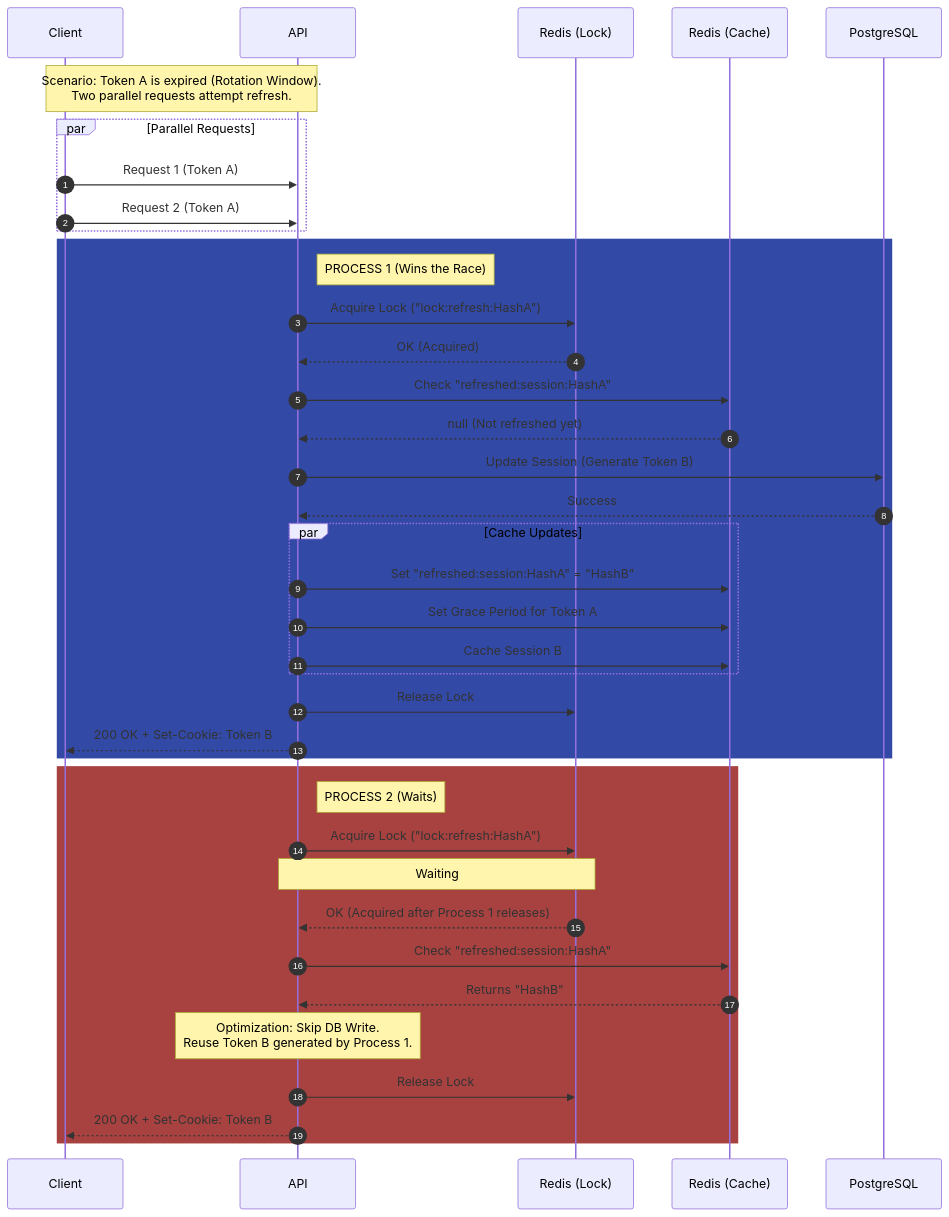
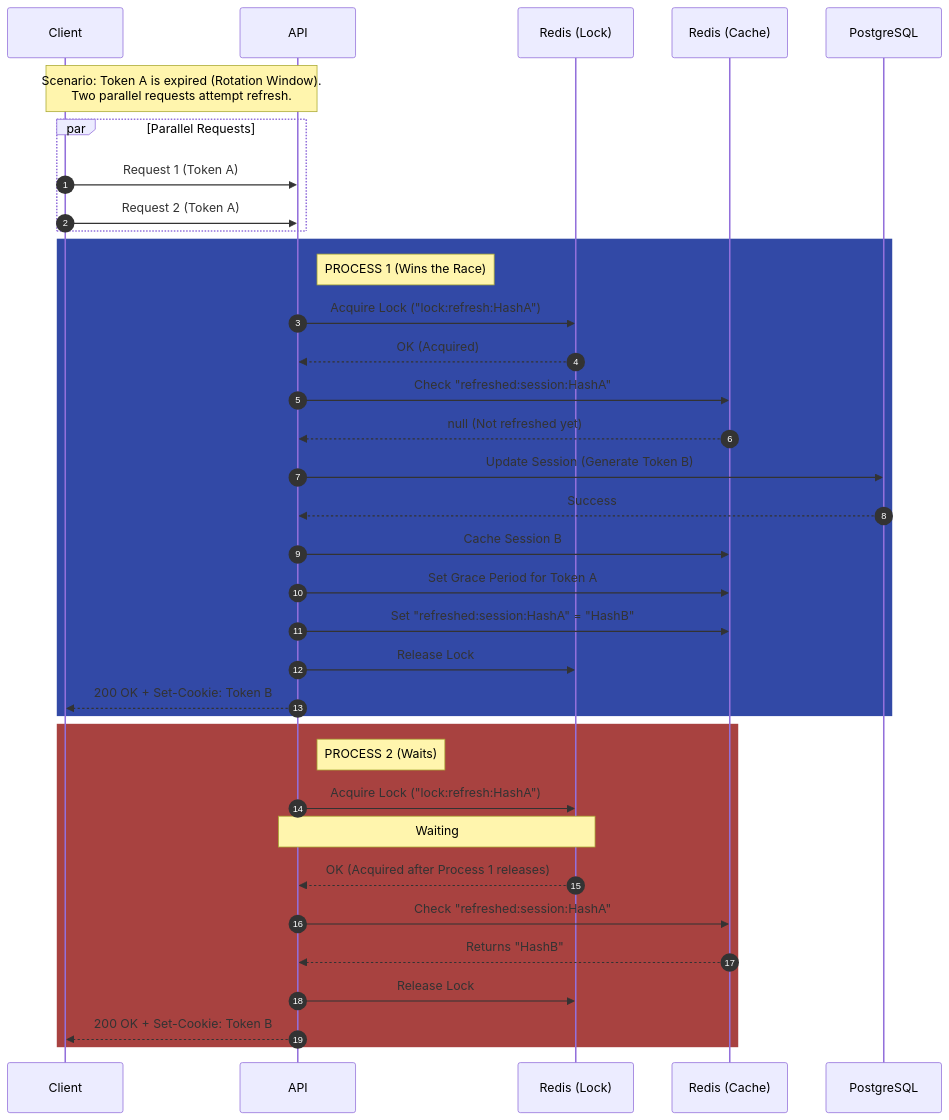
Before and after one commit to pedroheing/cookie-auth: the third of 3 diagrams in README.md, drawn with Mermaid. The commit also changed other lines of this file, not shown here.

````diff
--- a/README.md
+++ b/README.md
@@ -128,52 +136,48 @@
-  ```mermaid
-  sequenceDiagram
-    autonumber
-    participant Client
-    participant API
-    participant RedisLock as Redis (Lock)
-    participant RedisCache as Redis (Cache)
-    participant DB as PostgreSQL
+```mermaid
+sequenceDiagram
+  autonumber
+  participant Client
+  participant API
+  participant RedisLock as Redis (Lock)
+  participant RedisCache as Redis (Cache)
+  participant DB as PostgreSQL
 
-    Note over Client, API: Scenario: Token A is expired (Rotation Window).<br/>Two parallel requests attempt refresh.
+  Note over Client, API: Scenario: Token A is expired (Rotation Window).<br/>Two parallel requests attempt refresh.
 
-    par Parallel Requests
-        Client->>API: Request 1 (Token A)
-        Client->>API: Request 2 (Token A)
-    end
-    
-    rect rgb(50, 73, 166)
-        Note right of API: PROCESS 1 (Wins the Race)
-        API->>RedisLock: Acquire Lock ("lock:refresh:HashA")
-        RedisLock-->>API: OK (Acquired)
-        
-        API->>RedisCache: Check "refreshed:session:HashA"
-        RedisCache-->>API: null (Not refreshed yet)
-        
-        API->>DB: Update Session (Generate Token B)
-        DB-->>API: Success
-        
-        par Cache Updates
-            API->>RedisCache: Set "refreshed:session:HashA" = "HashB"
-            API->>RedisCache: Set Grace Period for Token A
-            API->>RedisCache: Cache Session B
-        end
-        
-        API->>RedisLock: Release Lock
-        API-->>Client: 200 OK + Set-Cookie: Token B
-    end
+  par Parallel Requests
+      Client->>API: Request 1 (Token A)
+      Client->>API: Request 2 (Token A)
+  end
 
-    rect rgb(168, 66, 64)
-        Note right of API: PROCESS 2 (Waits)
-        API->>RedisLock: Acquire Lock ("lock:refresh:HashA")
-        Note over API, RedisLock: Waiting
-        RedisLock-->>API: OK (Acquired after Process 1 releases)
-        
-        API->>RedisCache: Check "refreshed:session:HashA"
-        RedisCache-->>API: Returns "HashB"
-        
-        Note over API: Optimization: Skip DB Write.<br/>Reuse Token B generated by Process 1.
-        
-        API->>RedisLock: Release Lock
-        API-->>Client: 200 OK + Set-Cookie: Token B
-    end
-  ```
+  rect rgb(50, 73, 166)
+      Note right of API: PROCESS 1 (Wins the Race)
+      API->>RedisLock: Acquire Lock ("lock:refresh:HashA")
+      RedisLock-->>API: OK (Acquired)
+
+      API->>RedisCache: Check "refreshed:session:HashA"
+      RedisCache-->>API: null (Not refreshed yet)
+
+      API->>DB: Update Session (Generate Token B)
+      DB-->>API: Success
+
+      API->>RedisCache: Cache Session B
+      API->>RedisCache: Set Grace Period for Token A
+      API->>RedisCache: Set "refreshed:session:HashA" = "HashB"
+
+      API->>RedisLock: Release Lock
+      API-->>Client: 200 OK + Set-Cookie: Token B
+  end
+
+  rect rgb(168, 66, 64)
+      Note right of API: PROCESS 2 (Waits)
+      API->>RedisLock: Acquire Lock ("lock:refresh:HashA")
+      Note over API, RedisLock: Waiting
+      RedisLock-->>API: OK (Acquired after Process 1 releases)
+
+      API->>RedisCache: Check "refreshed:session:HashA"
+      RedisCache-->>API: Returns "HashB"
+
+      API->>RedisLock: Release Lock
+      API-->>Client: 200 OK + Set-Cookie: Token B
+  end
+```
````
